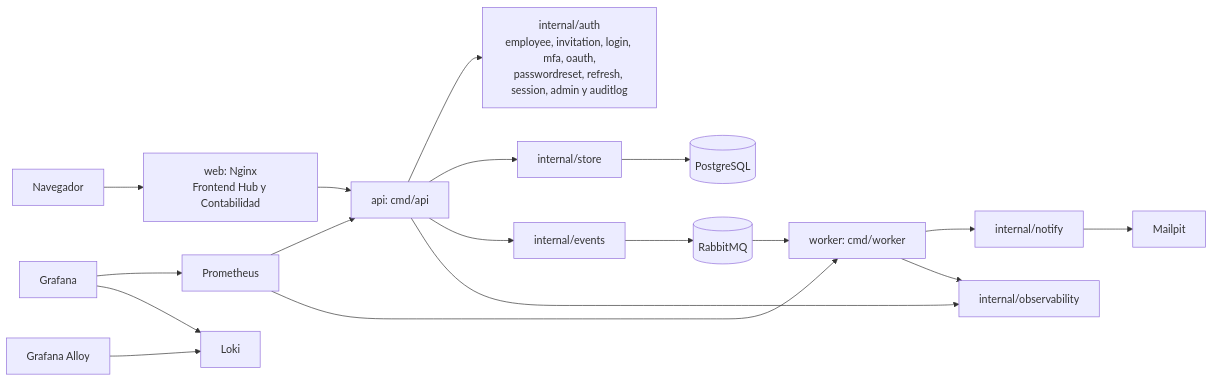
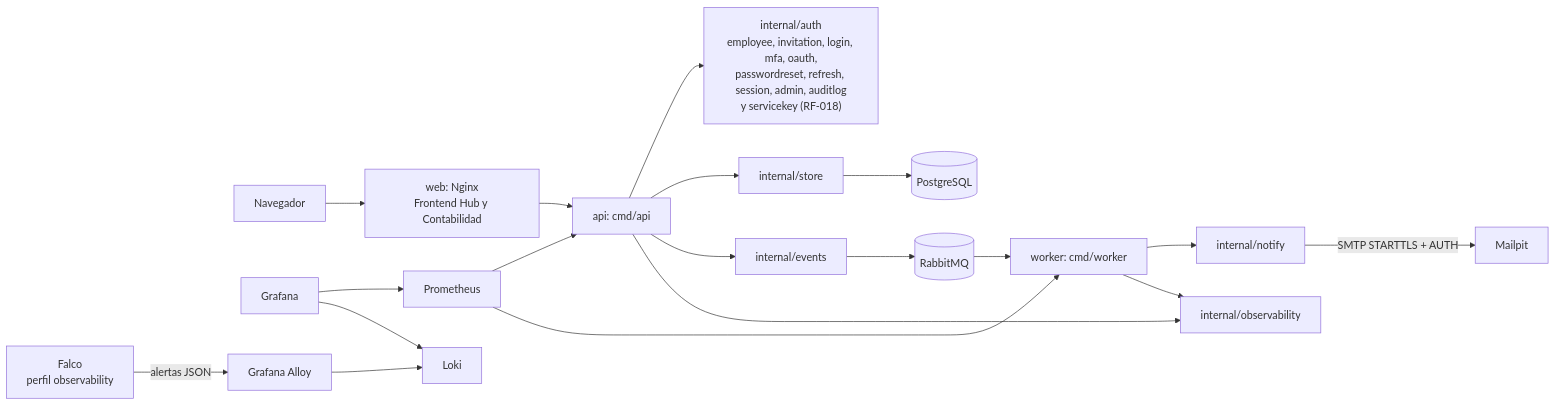
The diagram in docs/diagramas/uml/componentes.md (jorgepaez-ops/IdentityHub), drawn with Mermaid before and after one commit. The commit also changed 6 other files, not shown here.

Commit message:
docs(diagrams): reflect Falco, SMTP STARTTLS and service keys

````diff
--- a/docs/diagramas/uml/componentes.md
+++ b/docs/diagramas/uml/componentes.md
@@ -5,37 +5,40 @@
 ```mermaid
 flowchart LR
     Browser["Navegador"]
     Web["web: Nginx\nFrontend Hub y Contabilidad"]
     API["api: cmd/api"]
     Worker["worker: cmd/worker"]
     Store["internal/store"]
-    Auth["internal/auth\nemployee, invitation, login, mfa, oauth,\npasswordreset, refresh, session, admin y auditlog"]
+    Auth["internal/auth\nemployee, invitation, login, mfa, oauth,\npasswordreset, refresh, session, admin, auditlog
+y servicekey (RF-018)"]
     Events["internal/events"]
     Notify["internal/notify"]
     Obs["internal/observability"]
     DB[("PostgreSQL")]
     Broker[("RabbitMQ")]
     Mailpit["Mailpit"]
     Prometheus["Prometheus"]
     Grafana["Grafana"]
     Loki["Loki"]
     Alloy["Grafana Alloy"]
+    Falco["Falco\nperfil observability"]
 
     Browser --> Web
     Web --> API
     API --> Auth
     API --> Store
     API --> Events
     API --> Obs
     Store --> DB
     Events --> Broker
     Broker --> Worker
     Worker --> Notify
-    Notify --> Mailpit
+    Notify -->|"SMTP STARTTLS + AUTH"| Mailpit
     Worker --> Obs
     Prometheus --> API
     Prometheus --> Worker
+    Falco -->|"alertas JSON"| Alloy
     Alloy --> Loki
     Grafana --> Prometheus
     Grafana --> Loki
 ```
````
